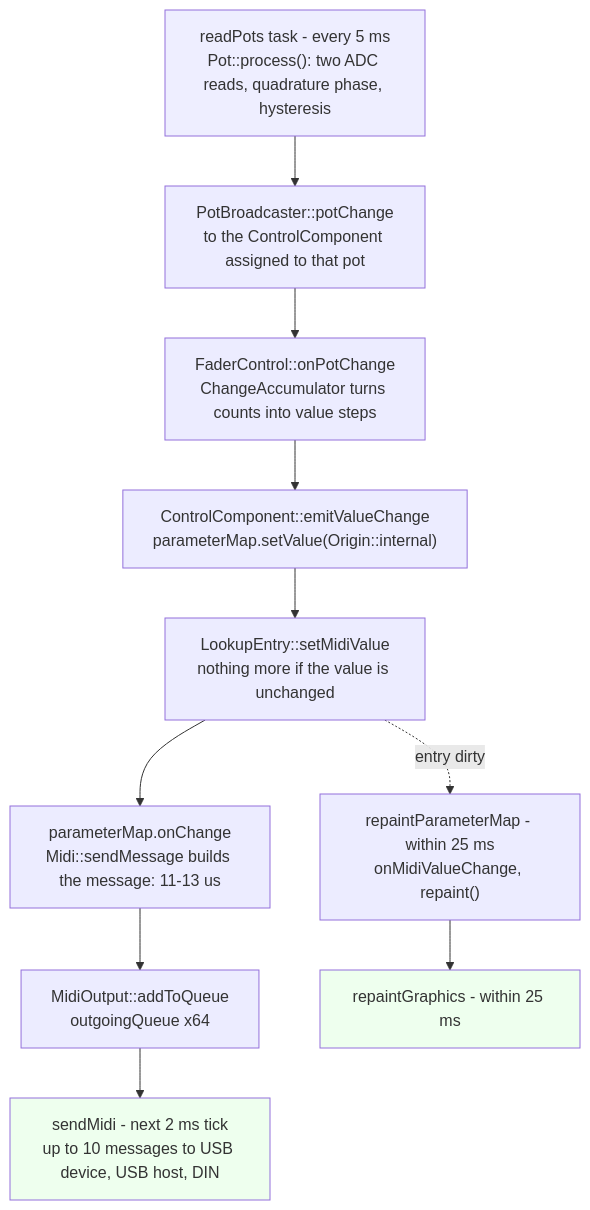
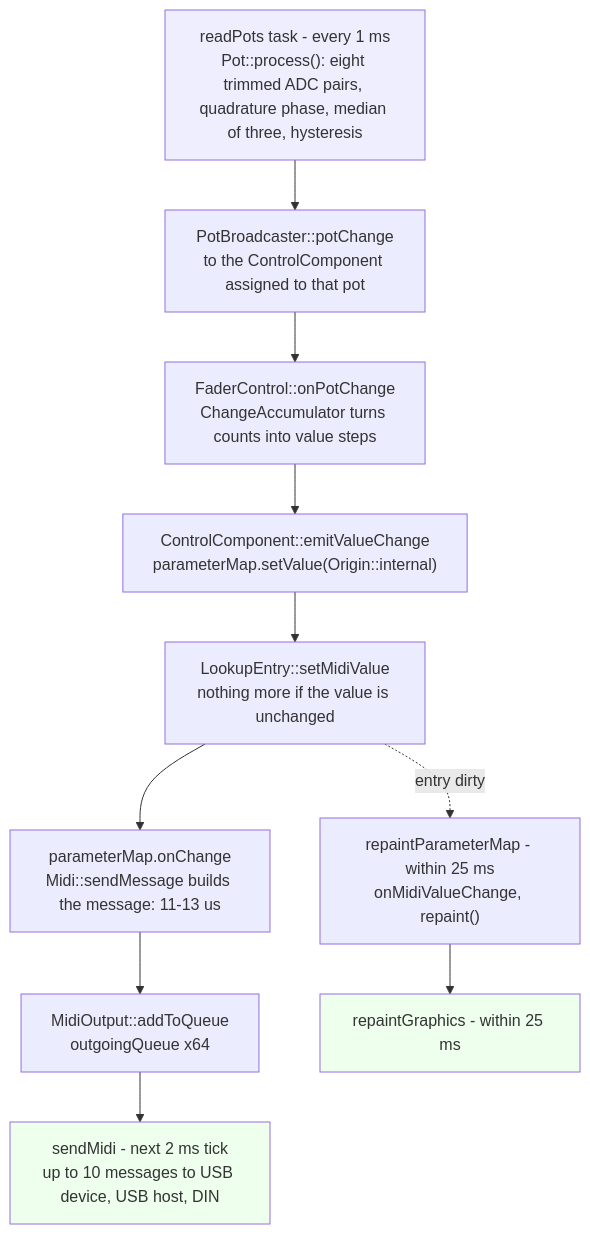
One commit to electraone/firmware-mk1 changed the third of 5 diagrams in ARCHITECTURE.md. Above: the diagram before and after it, drawn with Mermaid. The commit also changed other lines of this file and 20 other files, not shown here.

````diff
--- a/ARCHITECTURE.md
+++ b/ARCHITECTURE.md
@@ -263,16 +263,16 @@
 ```mermaid
 flowchart TB
-  A["readPots task - every 5 ms<br/>Pot::process(): two ADC reads, quadrature phase, hysteresis"]
+  A["readPots task - every 1 ms<br/>Pot::process(): eight trimmed ADC pairs, quadrature phase, median of three, hysteresis"]
   A --> B["PotBroadcaster::potChange<br/>to the ControlComponent assigned to that pot"]
   B --> C["FaderControl::onPotChange<br/>ChangeAccumulator turns counts into value steps"]
   C --> D["ControlComponent::emitValueChange<br/>parameterMap.setValue(Origin::internal)"]
   D --> E["LookupEntry::setMidiValue<br/>nothing more if the value is unchanged"]
   E --> F["parameterMap.onChange<br/>Midi::sendMessage builds the message: 11-13 us"]
   F --> G["MidiOutput::addToQueue<br/>outgoingQueue x64"]
   E -. "entry dirty" .-> H["repaintParameterMap - within 25 ms<br/>onMidiValueChange, repaint()"]
   G --> I["sendMidi - next 2 ms tick<br/>up to 10 messages to USB device, USB host, DIN"]
   H --> J["repaintGraphics - within 25 ms"]
   style A fill:#eef
   style I fill:#efe
   style J fill:#efe
 ```
````
